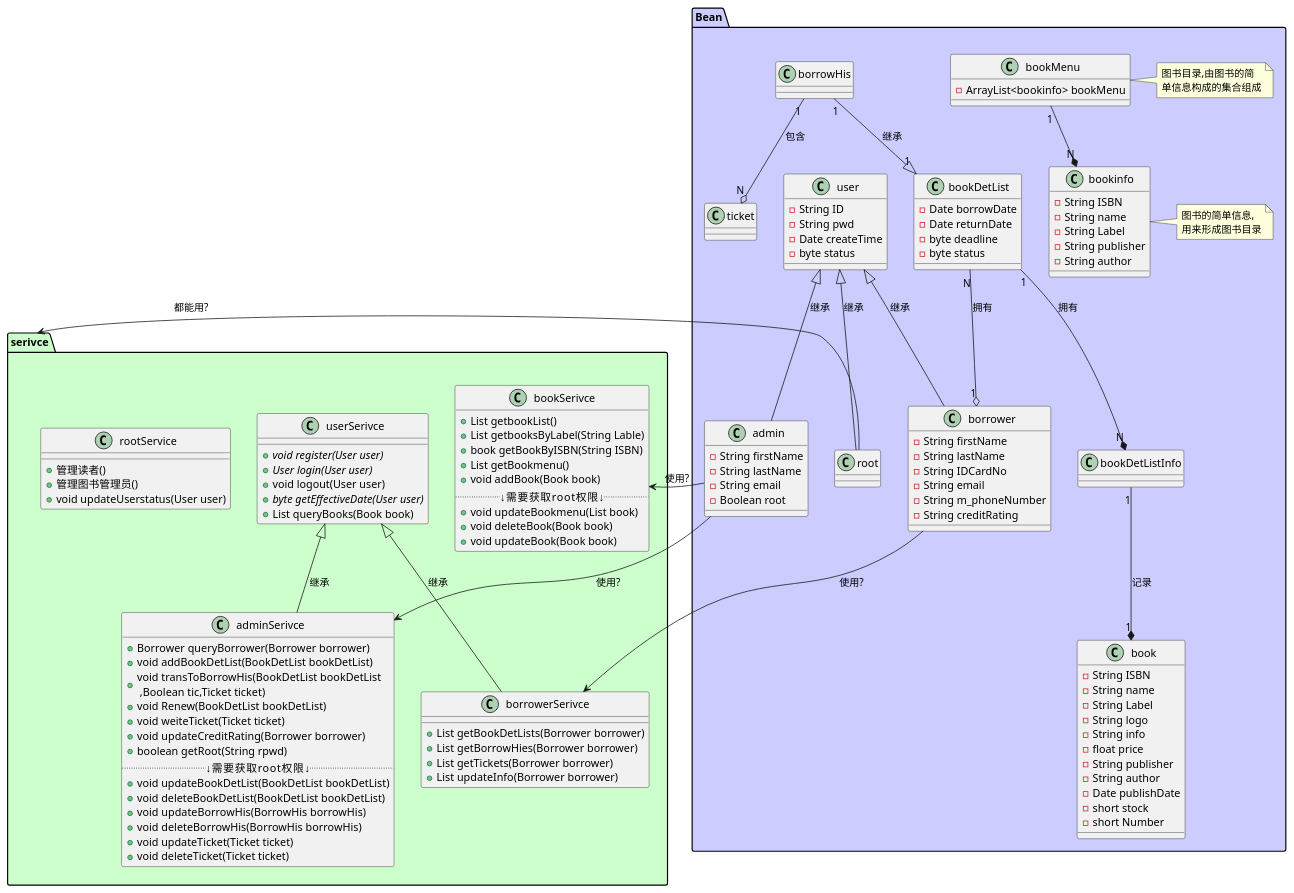
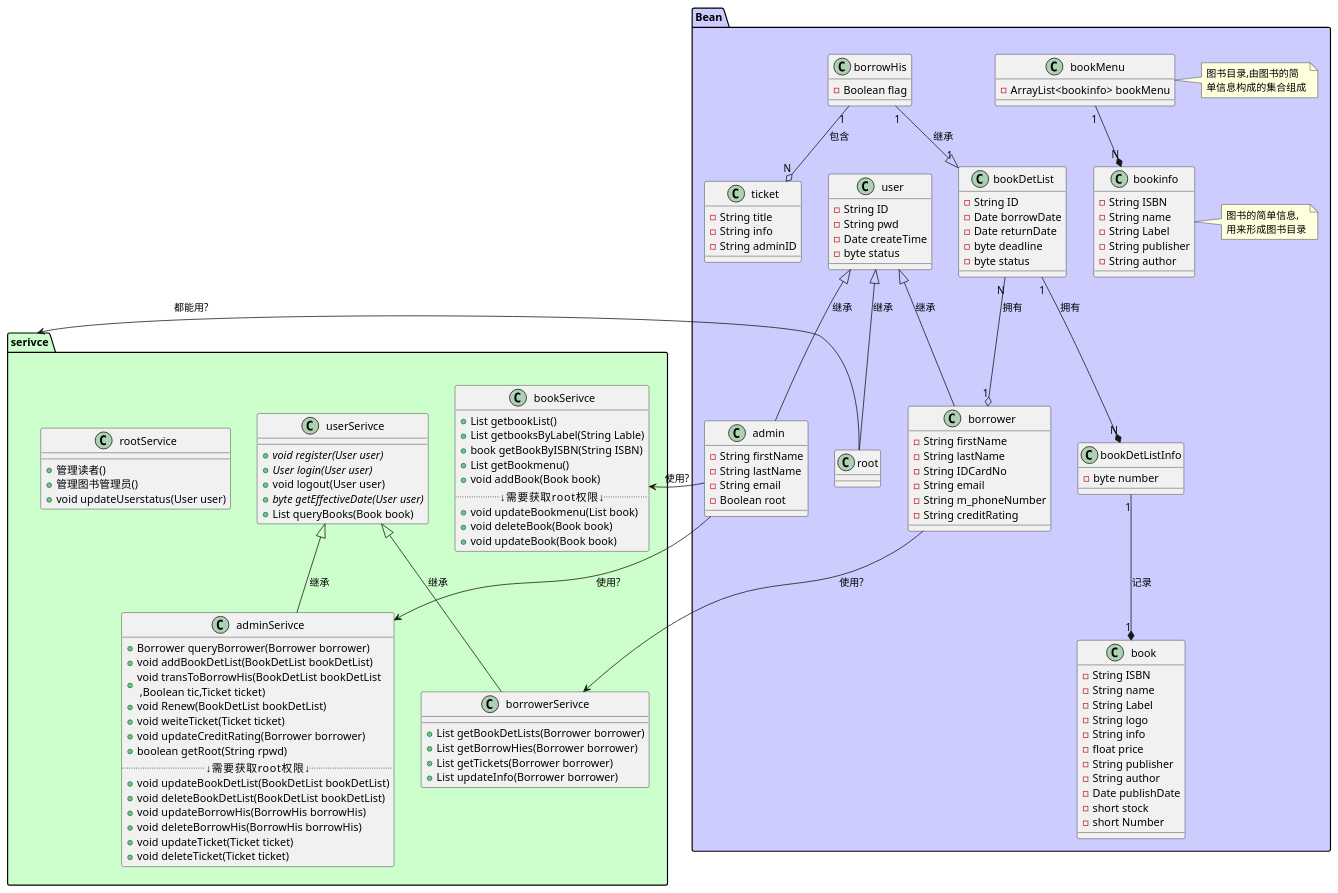
Before and after one commit to 201610414130/is_analysis-4: the diagram in test3/classView.pu, drawn with PlantUML. The commit also changed 10 other files, not shown here.

Commit message:
更新了类图,补全了类图

```diff
--- a/test3/classView.pu
+++ b/test3/classView.pu
@@ -1,134 +1,137 @@
 @startuml classView
 ' 由于继承关系,未覆盖的属性或方法不再列出
 ' 由于篇幅关系,省略类的set/get方法
 package Bean #ccf{
     class user{
         -String ID
         -String pwd
         -Date createTime
         -byte status
     }
     class borrower{
         -String firstName
         -String lastName
         -String IDCardNo
         -String email
         -String m_phoneNumber
         -String creditRating
     }
     class admin{
         -String firstName
         -String lastName
         -String email
         -Boolean root
     }
     class root{
 
     }
     borrower -up-|> user:继承
     admin -up-|> user:继承
     root -up-|> user:继承
-    
+
     class bookinfo{
         -String ISBN
         -String name
         -String Label
         -String publisher
         -String author
     }
     note right: 图书的简单信息,\n用来形成图书目录
 
     class bookMenu{
         -ArrayList<bookinfo> bookMenu
     }
     note right: 图书目录,由图书的简\n单信息构成的集合组成
     bookMenu "1" --* "N" bookinfo
     class book{
         -String ISBN
         -String name
         -String Label
         -String logo
         -String info
         -float price
         -String publisher
         -String author
         -Date publishDate
         -short stock
         -short Number
     }
     class bookDetList{
+        -String ID
         -Date borrowDate
         -Date returnDate
         -byte deadline
         -byte status
     }
     class bookDetListInfo{
-
+        -byte number
     }
     class borrowHis{
-
+        -Boolean flag
     }
     class ticket{
-
+        -String title
+        -String info
+        -String adminID
     }
     bookDetListInfo "1" --* "1" book:记录
     bookDetList "N" --o "1" borrower:拥有
     borrowHis "1" --|> "1" bookDetList:继承
     bookDetList "1" --* "N" bookDetListInfo:拥有
     borrowHis "1" --o "N" ticket:包含
     ' admin "1" -- "N" bookDetList:管理维护
 }
 package serivce #cfc{
     class userSerivce{
         {abstract}+void register(User user)
         {abstract}+User login(User user)
         +void logout(User user)
         {abstract}+byte getEffectiveDate(User user)
         +List queryBooks(Book book)
     }
     class borrowerSerivce{
         +List getBookDetLists(Borrower borrower)
         +List getBorrowHies(Borrower borrower)
         +List getTickets(Borrower borrower)
         +List updateInfo(Borrower borrower)
     }
     class adminSerivce{
         +Borrower queryBorrower(Borrower borrower)
         +void addBookDetList(BookDetList bookDetList)
         +void transToBorrowHis(BookDetList bookDetList\n ,Boolean tic,Ticket ticket)
         +void Renew(BookDetList bookDetList)
         +void weiteTicket(Ticket ticket)
         +void updateCreditRating(Borrower borrower)
         +boolean getRoot(String rpwd)
         ..↓需要获取root权限↓..
         +void updateBookDetList(BookDetList bookDetList)
         +void deleteBookDetList(BookDetList bookDetList)
         +void updateBorrowHis(BorrowHis borrowHis)
         +void deleteBorrowHis(BorrowHis borrowHis)
         +void updateTicket(Ticket ticket)
         +void deleteTicket(Ticket ticket)
     }
     class bookSerivce{
         +List getbookList()
         +List getbooksByLabel(String Lable)
         +book getBookByISBN(String ISBN)
         +List getBookmenu()
         +void addBook(Book book)
         ..↓需要获取root权限↓..
         +void updateBookmenu(List book)
         +void deleteBook(Book book)
         +void updateBook(Book book)
     }
     class rootService{
         +管理读者()
         +管理图书管理员()
         +void updateUserstatus(User user)
     }
     borrowerSerivce -up-|>userSerivce:继承
     adminSerivce -up-|>userSerivce:继承
 }
 admin -> bookSerivce:使用?
 admin -> adminSerivce:使用?
 borrower -> borrowerSerivce:使用?
 root -> serivce:都能用?
 @enduml
```
